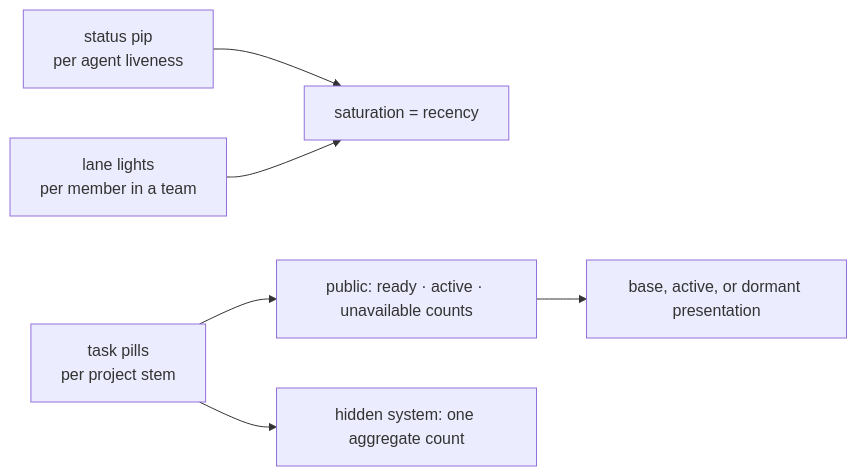
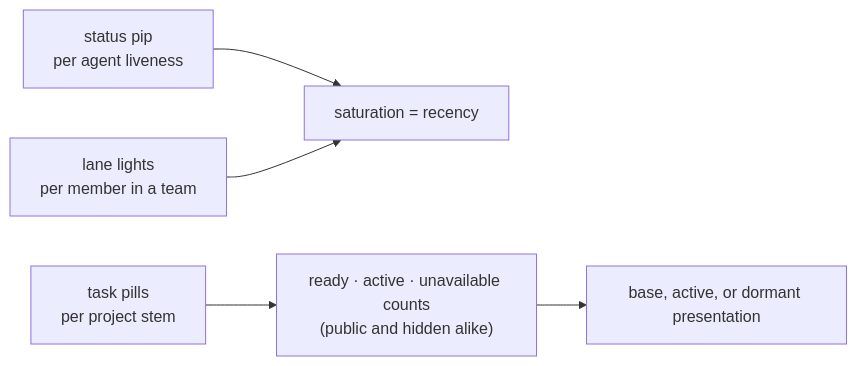
Diagram 22 of 25 in docs/product/value.md (infimalabs/spice-rust), drawn with Mermaid before and after one commit. The commit also changed other lines of this file and 9 other files, not shown here.

First line of the commit message:
board: Read hidden task evidence in full VISIBIL-dSyhp90qx

````diff
--- a/docs/product/value.md
+++ b/docs/product/value.md
@@ -573,8 +573,7 @@
 ```mermaid
 flowchart LR
   P["status pip<br/>per agent liveness"] --> L["saturation = recency"]
   G["lane lights<br/>per member in a team"] --> L
-  F["task pills<br/>per project stem"] --> V["public: ready · active · unavailable counts"]
-  F --> H["hidden system: one aggregate count"]
+  F["task pills<br/>per project stem"] --> V["ready · active · unavailable counts<br/>(public and hidden alike)"]
   V --> T["base, active, or dormant presentation"]
 ```
````
